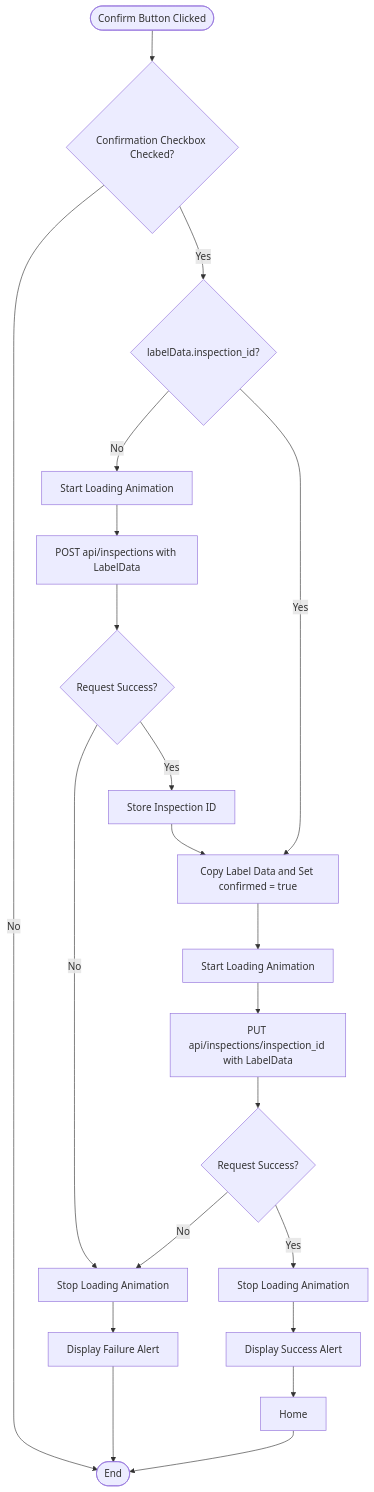
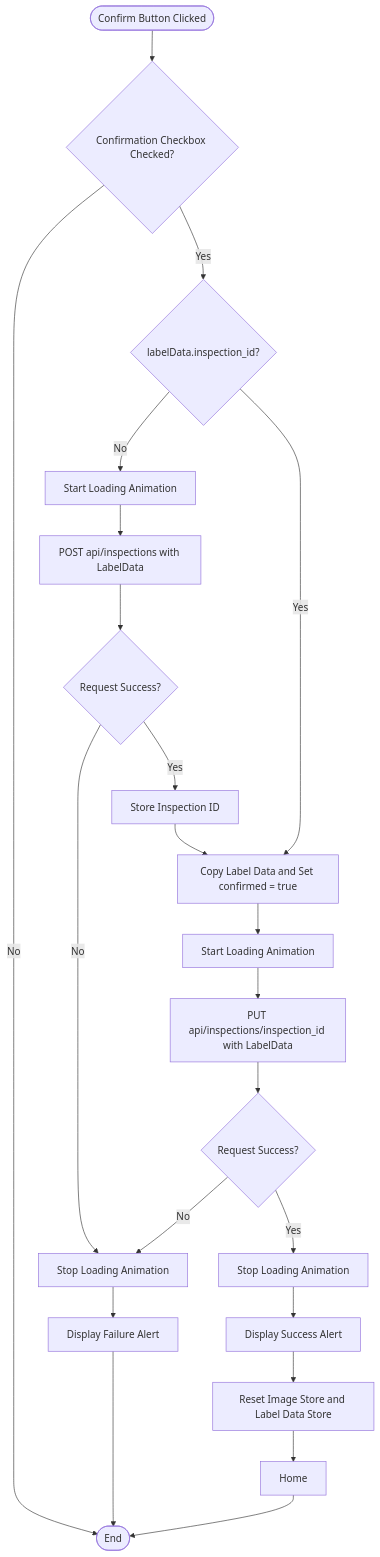
One commit to ai-cfia/fertiscan-frontend changed the second of 3 diagrams in docs/label-data-confirmation/flowchart.md. Above: the diagram before and after it, drawn with Mermaid. The commit also changed 4 other files, not shown here.

Commit message:
issue #202: reset files and label data stores on success

````diff
--- a/docs/label-data-confirmation/flowchart.md
+++ b/docs/label-data-confirmation/flowchart.md
@@ -22,17 +22,17 @@
 ```mermaid
 flowchart TD
     Start([Confirm Button Clicked]) --> CheckConfirmationCheckbox{"Confirmation Checkbox Checked?"}
     CheckConfirmationCheckbox -->|No| End([End])
     CheckConfirmationCheckbox -->|Yes| CheckInspectionID{"labelData.inspection_id?"}
     
     CheckInspectionID -->|No| StartLoadingAnimationNoID["Start Loading Animation"]
     StartLoadingAnimationNoID --> PostRequest["POST api/inspections with LabelData"]
     PostRequest --> PostRequestSuccess{"Request Success?"}
     PostRequestSuccess -->|No| StopLoadingFailure["Stop Loading Animation"] --> DisplayFailureAlert["Display Failure Alert"] --> End
     PostRequestSuccess -->|Yes| StoreInspectionID["Store Inspection ID"] --> CopyLabelData["Copy Label Data and Set confirmed = true"] --> StartLoadingAnimationWithID["Start Loading Animation"] --> PutRequest["PUT api/inspections/inspection_id with LabelData"]
     
     CheckInspectionID -->|Yes| CopyLabelData
     PutRequest --> PutRequestSuccess{"Request Success?"}
     PutRequestSuccess -->|No| StopLoadingFailure
-    PutRequestSuccess -->|Yes| StopLoadingSuccess["Stop Loading Animation"] --> DisplaySuccessAlert["Display Success Alert"] --> HomePage[Home] --> End
+    PutRequestSuccess -->|Yes| StopLoadingSuccess["Stop Loading Animation"] --> DisplaySuccessAlert["Display Success Alert"] --> ResetStores["Reset Image Store and Label Data Store"] --> HomePage[Home] --> End
 ```
````
